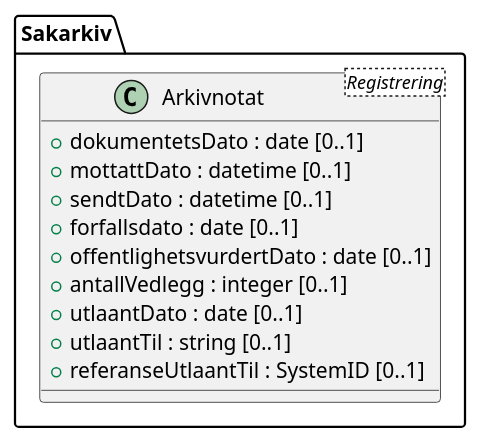
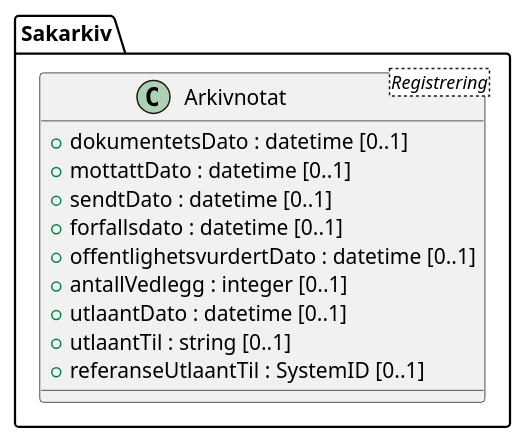
One commit to arkivverket/noark5-tjenestegrensesnitt-standard changed the diagram in kapitler/media/uml-class-arkivnotat.iuml. Above: the diagram before and after it, drawn with PlantUML. The commit also changed 23 other files, not shown here.

First line of the commit message:
Change all date types to datetime to match Noark 5

```diff
--- a/kapitler/media/uml-class-arkivnotat.iuml
+++ b/kapitler/media/uml-class-arkivnotat.iuml
@@ -1,13 +1,13 @@
 @startuml
 class Sakarkiv.Arkivnotat <Registrering> {
-  +dokumentetsDato : date [0..1]
+  +dokumentetsDato : datetime [0..1]
   +mottattDato : datetime [0..1]
   +sendtDato : datetime [0..1]
-  +forfallsdato : date [0..1]
-  +offentlighetsvurdertDato : date [0..1]
+  +forfallsdato : datetime [0..1]
+  +offentlighetsvurdertDato : datetime [0..1]
   +antallVedlegg : integer [0..1]
-  +utlaantDato : date [0..1]
+  +utlaantDato : datetime [0..1]
   +utlaantTil : string [0..1]
   +referanseUtlaantTil : SystemID [0..1]
 }
 @enduml
```
